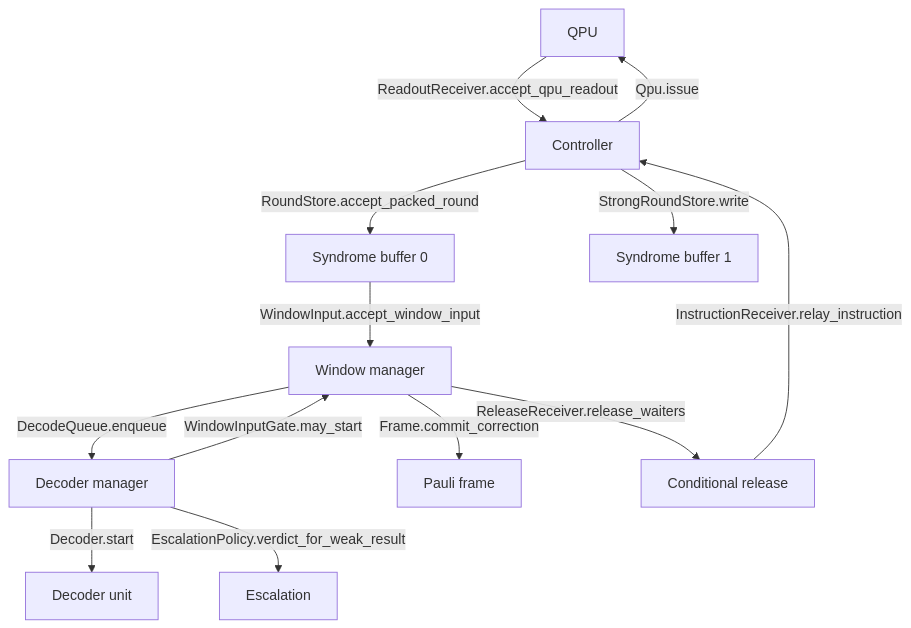
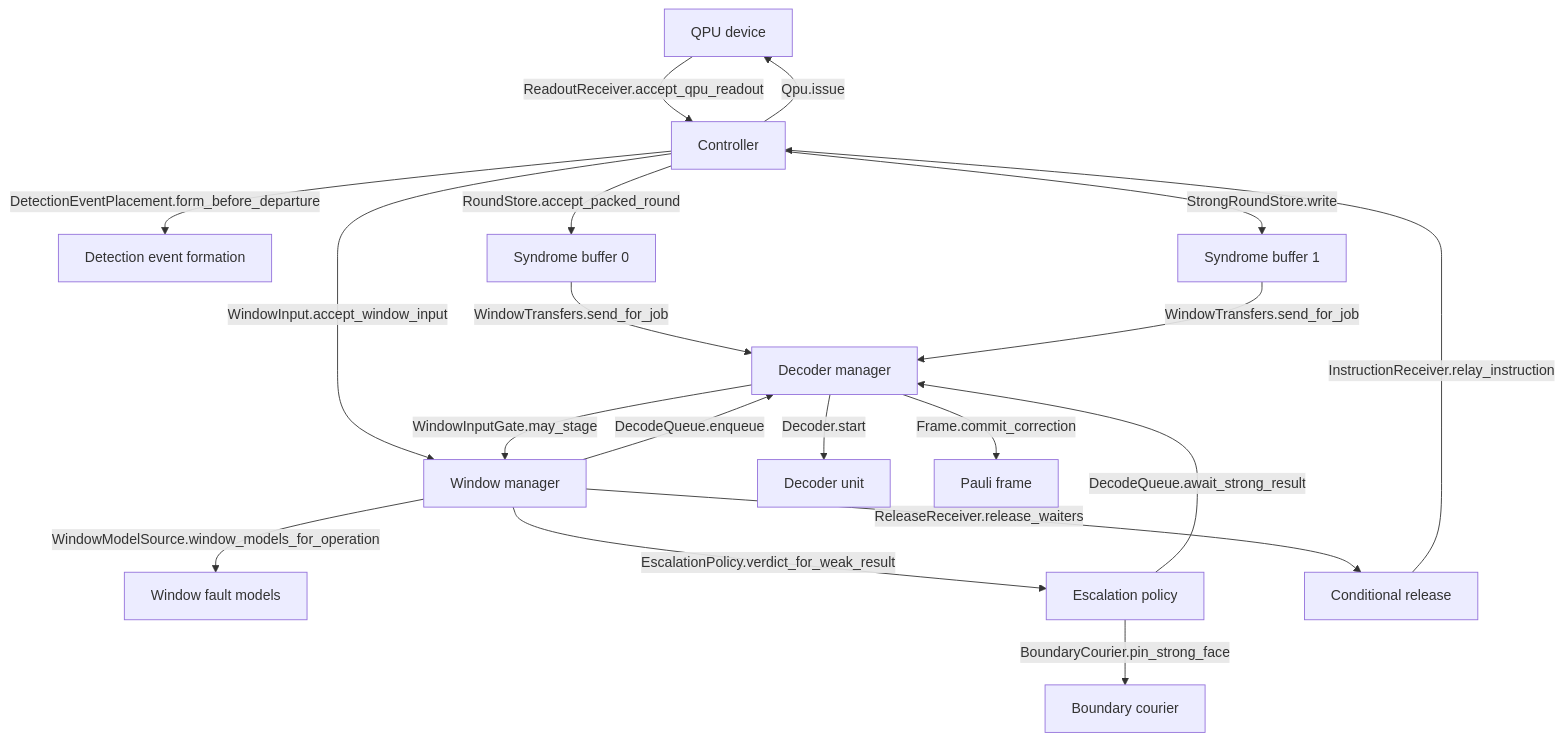
The diagram in docs/architecture.md (Subashkatel/decsim), drawn with Mermaid before and after one commit. The commit also changed other lines of this file, not shown here.

````diff
--- a/docs/architecture.md
+++ b/docs/architecture.md
@@ -13,15 +13,34 @@
 ```mermaid
 graph TD
-    QPU -->|"ReadoutReceiver.accept_qpu_readout"| Controller
+    %% Qpu = qpu
+    %% Controller = controller
+    %% Formation = detector_error_model
+    %% Buffer0 = syndrome_buffer
+    %% Buffer1 = syndrome_buffer
+    %% Windows = windows
+    %% Models = qpu
+    %% Decoders = decoders
+    %% Unit = decoders
+    %% Escalation = escalation
+    %% Courier = windows
+    %% Frame = pauli_frame
+    %% Release = controller
+    Qpu["QPU device"] -->|"ReadoutReceiver.accept_qpu_readout"| Controller
+    Controller -->|"DetectionEventPlacement.form_before_departure"| Formation["Detection event formation"]
     Controller -->|"RoundStore.accept_packed_round"| Buffer0["Syndrome buffer 0"]
     Controller -->|"StrongRoundStore.write"| Buffer1["Syndrome buffer 1"]
-    Buffer0 -->|"WindowInput.accept_window_input"| Windows["Window manager"]
+    Controller -->|"WindowInput.accept_window_input"| Windows["Window manager"]
+    Windows -->|"WindowModelSource.window_models_for_operation"| Models["Window fault models"]
     Windows -->|"DecodeQueue.enqueue"| Decoders["Decoder manager"]
+    Buffer0 -->|"WindowTransfers.send_for_job"| Decoders
+    Decoders -->|"WindowInputGate.may_stage"| Windows
     Decoders -->|"Decoder.start"| Unit["Decoder unit"]
-    Decoders -->|"WindowInputGate.may_start"| Windows
-    Decoders -->|"EscalationPolicy.verdict_for_weak_result"| Escalation
-    Windows -->|"Frame.commit_correction"| Frame["Pauli frame"]
+    Windows -->|"EscalationPolicy.verdict_for_weak_result"| Escalation["Escalation policy"]
+    Escalation -->|"DecodeQueue.await_strong_result"| Decoders
+    Escalation -->|"BoundaryCourier.pin_strong_face"| Courier["Boundary courier"]
+    Buffer1 -->|"WindowTransfers.send_for_job"| Decoders
+    Decoders -->|"Frame.commit_correction"| Frame["Pauli frame"]
     Windows -->|"ReleaseReceiver.release_waiters"| Release["Conditional release"]
     Release -->|"InstructionReceiver.relay_instruction"| Controller
-    Controller -->|"Qpu.issue"| QPU
+    Controller -->|"Qpu.issue"| Qpu
 ```
````
